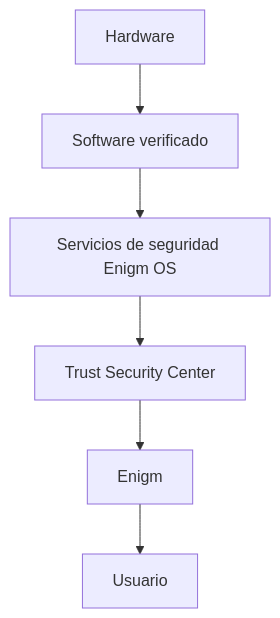
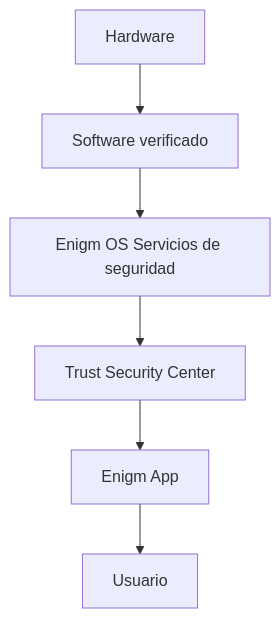
The diagram in es/os/security-architecture.mdx (enigm-llc/docs), drawn with Mermaid before and after one commit. The commit also changed other lines of this file and 43 other files, not shown here.

````diff
--- a/es/os/security-architecture.mdx
+++ b/es/os/security-architecture.mdx
@@ -34,11 +56,15 @@
 ```mermaid
 flowchart TD
   Hardware["Hardware"]
   Verified["Software verificado"]
-  Services["Servicios de seguridad Enigm OS"]
-  Trust["Trust Security Center"]
-  App["Enigm"]
+  Services["Enigm OS Servicios de seguridad"]
+  TSC["Trust Security Center"]
+  App["Enigm App"]
   User["Usuario"]
 
-  Hardware --> Verified --> Services --> Trust --> App --> User
+  Hardware --> Verified
+  Verified --> Services
+  Services --> TSC
+  TSC --> App
+  App --> User
 ```
````
